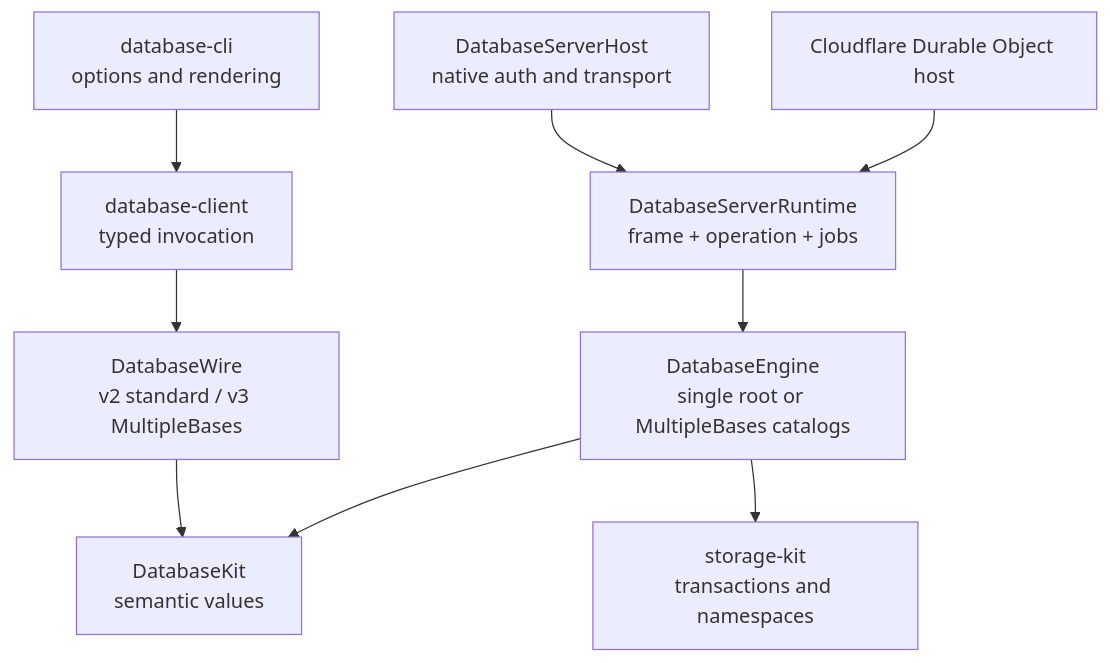
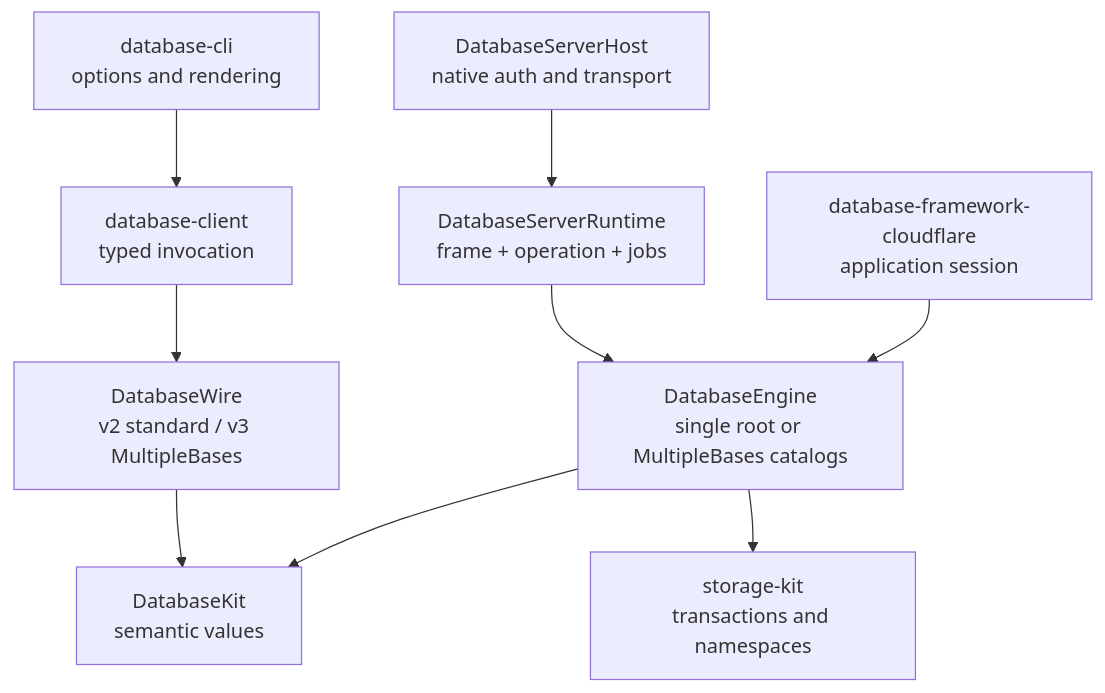
One commit to 1amageek/database-framework changed the second of 6 diagrams in docs/base-composition-implementation-design.md. Above: the diagram before and after it, drawn with Mermaid. The commit also changed other lines of this file and 103 other files, not shown here.

````diff
--- a/docs/base-composition-implementation-design.md
+++ b/docs/base-composition-implementation-design.md
@@ -214,12 +214,12 @@
 ```mermaid
 flowchart TB
     CLI["database-cli<br/>options and rendering"] --> Client["database-client<br/>typed invocation"]
     Client --> Wire["DatabaseWire<br/>v2 standard / v3 MultipleBases"]
     Wire --> Kit["DatabaseKit<br/>semantic values"]
 
     NativeHost["DatabaseServerHost<br/>native auth and transport"] --> Server["DatabaseServerRuntime<br/>frame + operation + jobs"]
-    Cloudflare["Cloudflare Durable Object host"] --> Server
     Server --> Engine["DatabaseEngine<br/>single root or MultipleBases catalogs"]
+    Cloudflare["database-framework-cloudflare<br/>application session"] --> Engine
     Engine --> Kit
     Engine --> Storage["storage-kit<br/>transactions and namespaces"]
 ```
````
